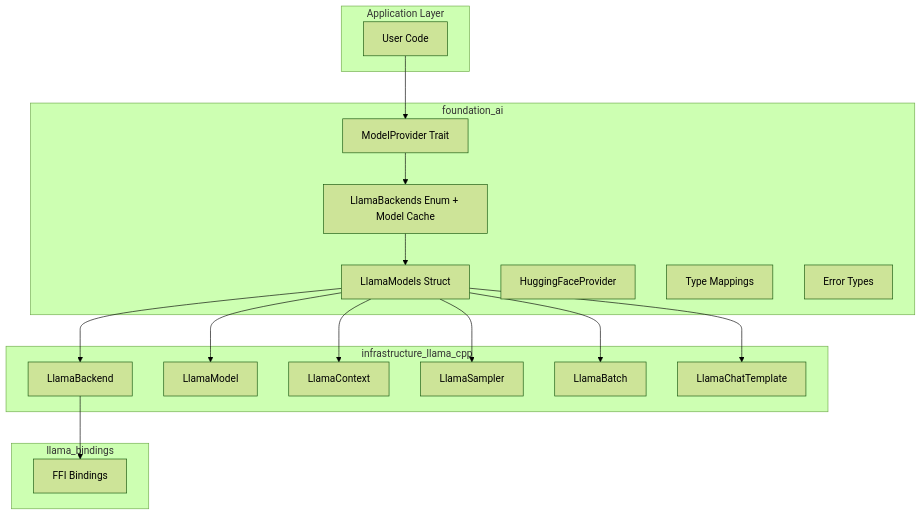
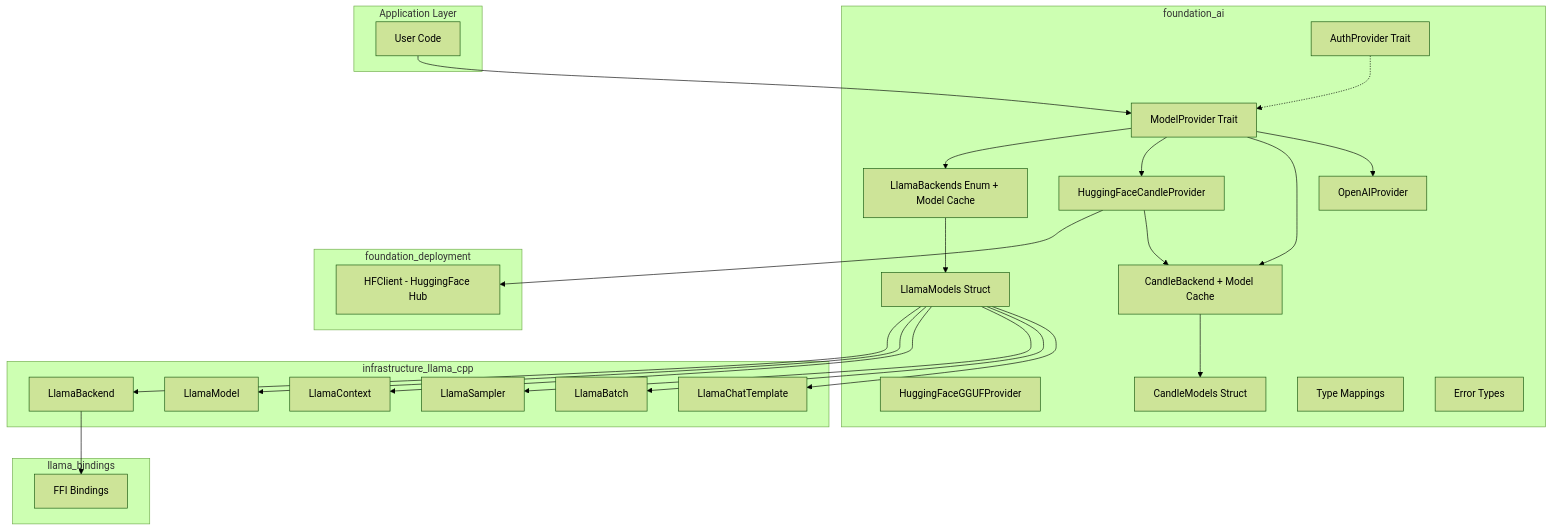
The first of 2 diagrams in specifications/07-foundation-ai/requirements.md (ewe-studios/ewe_platform), drawn with Mermaid (forest theme) before and after one commit. The commit also changed other lines of this file and 50 other files, not shown here.

````diff
--- a/specifications/07-foundation-ai/requirements.md
+++ b/specifications/07-foundation-ai/requirements.md
@@ -86,39 +86,55 @@
 ```mermaid
 graph TD
     subgraph Application["Application Layer"]
         A[User Code]
     end
 
     subgraph FoundationAI["foundation_ai"]
         B[ModelProvider Trait]
         C[LlamaBackends Enum + Model Cache]
         D[LlamaModels Struct]
-        E[HuggingFaceProvider]
-        F[Type Mappings]
-        G[Error Types]
+        E[HuggingFaceGGUFProvider]
+        F[HuggingFaceCandleProvider]
+        G[CandleBackend + Model Cache]
+        H[CandleModels Struct]
+        I[OpenAIProvider]
+        J[Type Mappings]
+        K[Error Types]
+        L[AuthProvider Trait]
     end
 
     subgraph InfrastructureLL["infrastructure_llama_cpp"]
-        H[LlamaBackend]
-        I[LlamaModel]
-        J[LlamaContext]
-        K[LlamaSampler]
-        L[LlamaBatch]
-        M[LlamaChatTemplate]
+        M[LlamaBackend]
+        N[LlamaModel]
+        O[LlamaContext]
+        P[LlamaSampler]
+        Q[LlamaBatch]
+        R[LlamaChatTemplate]
     end
 
     subgraph Bindings["llama_bindings"]
-        N[FFI Bindings]
+        S[FFI Bindings]
+    end
+
+    subgraph Deployment["foundation_deployment"]
+        T[HFClient - HuggingFace Hub]
     end
 
     A --> B
+    L -.-> B
     B --> C
+    B --> F
+    B --> G
+    B --> I
     C --> D
-    D --> H
-    D --> I
-    D --> J
-    D --> K
-    D --> L
     D --> M
-    H --> N
+    D --> N
+    D --> O
+    D --> P
+    D --> Q
+    D --> R
+    M --> S
+    F --> T
+    F --> G
+    G --> H
 ```
````
